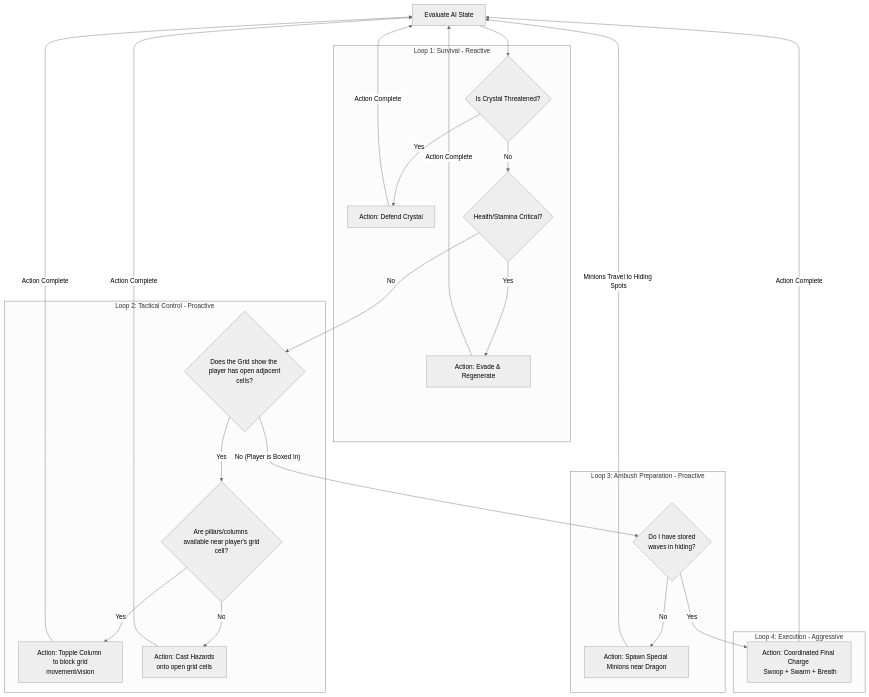
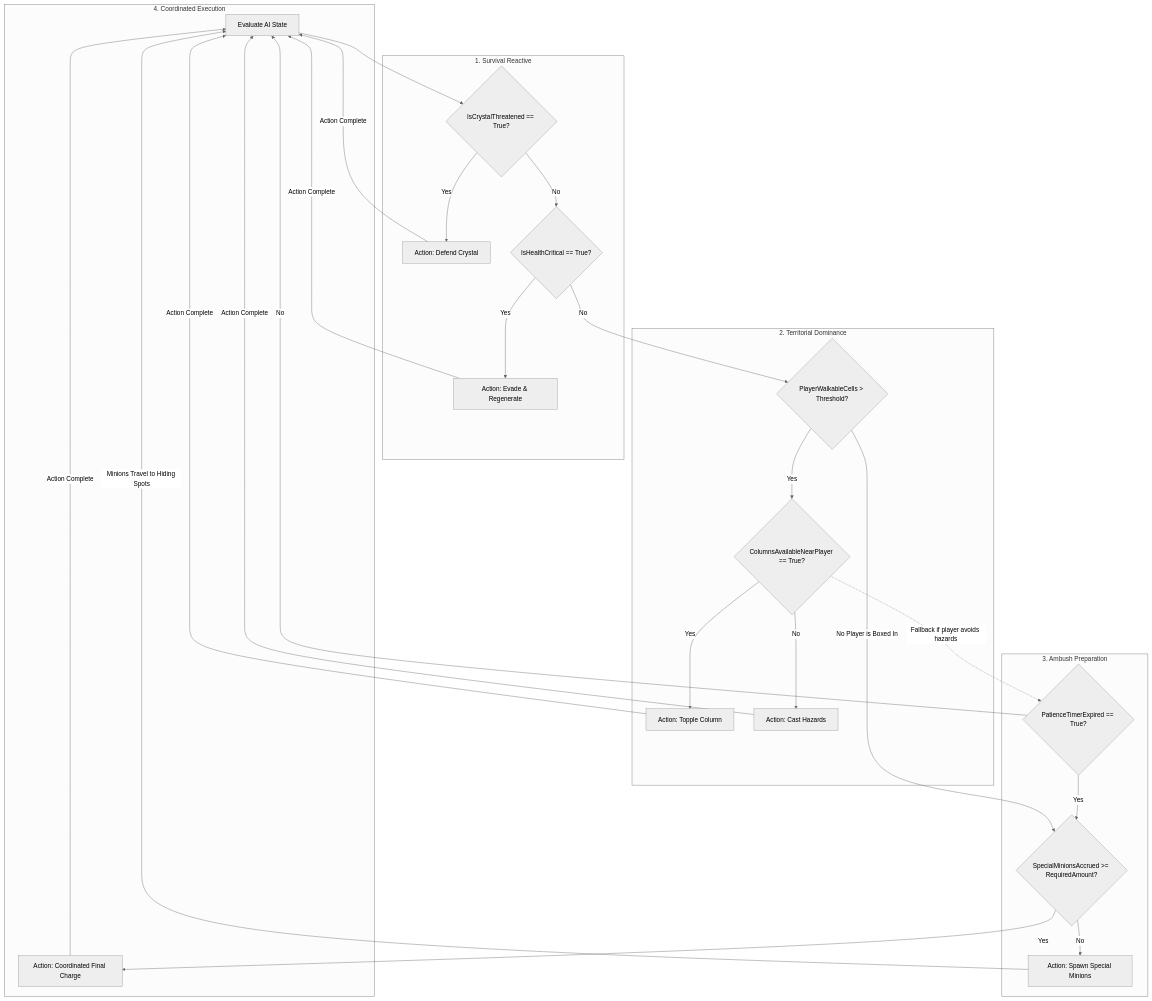
Before and after one commit to NatalieC001/dragonDump: the fourth of 5 diagrams in Quest_Machine_Dragon_Brain_Docs.md, drawn with Mermaid (neutral theme). The commit also changed other lines of this file, not shown here.

Commit message:
Add documentation for Quest Machine and Dragon Brain architecture

````diff
--- a/Quest_Machine_Dragon_Brain_Docs.md
+++ b/Quest_Machine_Dragon_Brain_Docs.md
@@ -197,38 +196,42 @@
 ```mermaid
 graph TD
-    Idle[Evaluate AI State] --> Priority1
+    Idle[Evaluate AI State] --> IsCrystalThreatened
 
-    %% Priority 1: Survival (Reactive)
-    subgraph Priority1_Survival [Loop 1: Survival - Reactive]
-        Priority1{Is Crystal Threatened?}
-        Priority1 -- Yes --> Defend[Action: Defend Crystal]
-        Priority1 -- No --> ThreatCheck{Health/Stamina Critical?}
-        ThreatCheck -- Yes --> EvadeRegen[Action: Evade & Regenerate]
+    %% Loop 1: 1. Survival (Reactive)
+    subgraph Priority1_Survival [1. Survival Reactive]
+        IsCrystalThreatened{IsCrystalThreatened == True?}
+        IsCrystalThreatened -- Yes --> Defend[Action: Defend Crystal]
+        IsCrystalThreatened -- No --> IsHealthCritical{IsHealthCritical == True?}
+        IsHealthCritical -- Yes --> EvadeRegen[Action: Evade & Regenerate]
     end
 
-    %% Priority 2: Tactical Environmental Control (Proactive)
-    subgraph Priority2_Tactical [Loop 2: Tactical Control - Proactive]
-        ThreatCheck -- No --> CheckSpace{Does the Grid show the <br> player has open adjacent cells?}
-        CheckSpace -- Yes --> ToppleCheck{Are pillars/columns <br> available near player's grid cell?}
-        ToppleCheck -- Yes --> Topple[Action: Topple Column <br> to block grid movement/vision]
-        ToppleCheck -- No --> Clouds[Action: Cast Hazards <br> onto open grid cells]
+    %% Loop 2: 2. Territorial Dominance (Proactive Control)
+    subgraph Priority2_Tactical [2. Territorial Dominance]
+        IsHealthCritical -- No --> PlayerWalkableCells{PlayerWalkableCells > Threshold?}
+        PlayerWalkableCells -- Yes --> ColumnsAvailableNearPlayer{ColumnsAvailableNearPlayer == True?}
+        ColumnsAvailableNearPlayer -- Yes --> Topple[Action: Topple Column]
+        ColumnsAvailableNearPlayer -- No --> Clouds[Action: Cast Hazards]
     end
 
-    %% Priority 3: Ambush Preparation (Proactive)
-    subgraph Priority3_Preparation [Loop 3: Ambush Preparation - Proactive]
-        CheckSpace -- No (Player is Boxed In) --> SpawnCheck{Do I have stored <br> waves in hiding?}
-        SpawnCheck -- No --> SpawnHidden[Action: Spawn Special Minions near Dragon]
+    %% Loop 3: 3. Ambush Preparation
+    subgraph Priority3_Preparation [3. Ambush Preparation]
+        %% Adversarial Resilience: The boss will spawn minions if the player is boxed in, OR if the Dragon runs out of patience waiting.
+        PlayerWalkableCells -- No Player is Boxed In --> SpecialMinionsAccrued
+        ColumnsAvailableNearPlayer -.->|Fallback if player avoids hazards| PatienceTimer{PatienceTimerExpired == True?}
+        PatienceTimer -- Yes --> SpecialMinionsAccrued{SpecialMinionsAccrued >= RequiredAmount?}
+        SpecialMinionsAccrued -- No --> SpawnHidden[Action: Spawn Special Minions]
     end
 
-    %% Priority 4: Execution
-    subgraph Priority4_Execution [Loop 4: Execution - Aggressive]
-        SpawnCheck -- Yes --> FinalCharge[Action: Coordinated Final Charge <br> Swoop + Swarm + Breath]
+    %% Loop 4: 4. Coordinated Execution
+    subgraph Priority4_Execution [4. Coordinated Execution]
+        SpecialMinionsAccrued -- Yes --> FinalCharge[Action: Coordinated Final Charge]
+        PatienceTimer -- No --> Idle
     end
 
     Defend -->|Action Complete| Idle
     EvadeRegen -->|Action Complete| Idle
     Topple -->|Action Complete| Idle
     Clouds -->|Action Complete| Idle
     SpawnHidden -->|Minions Travel to Hiding Spots| Idle
     FinalCharge -->|Action Complete| Idle
 ```
````
